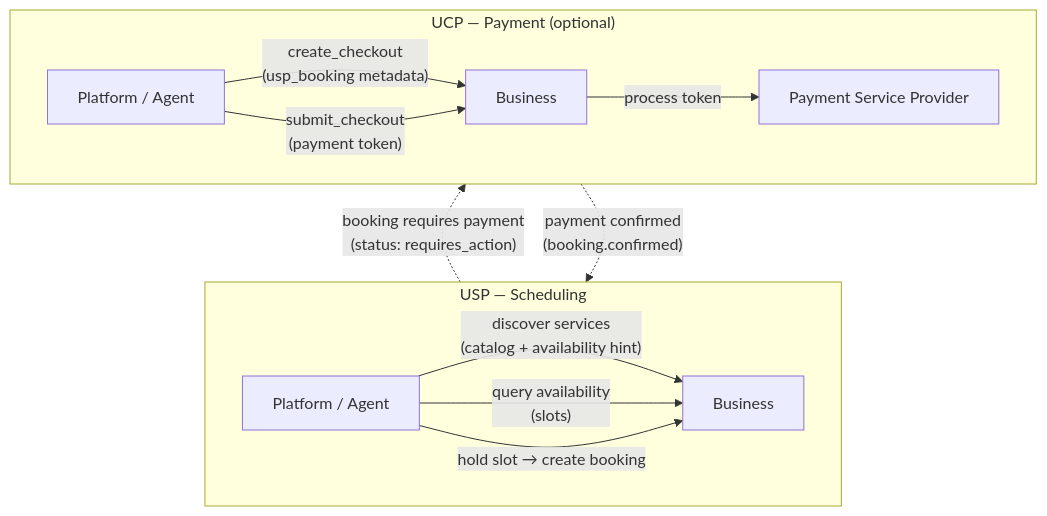
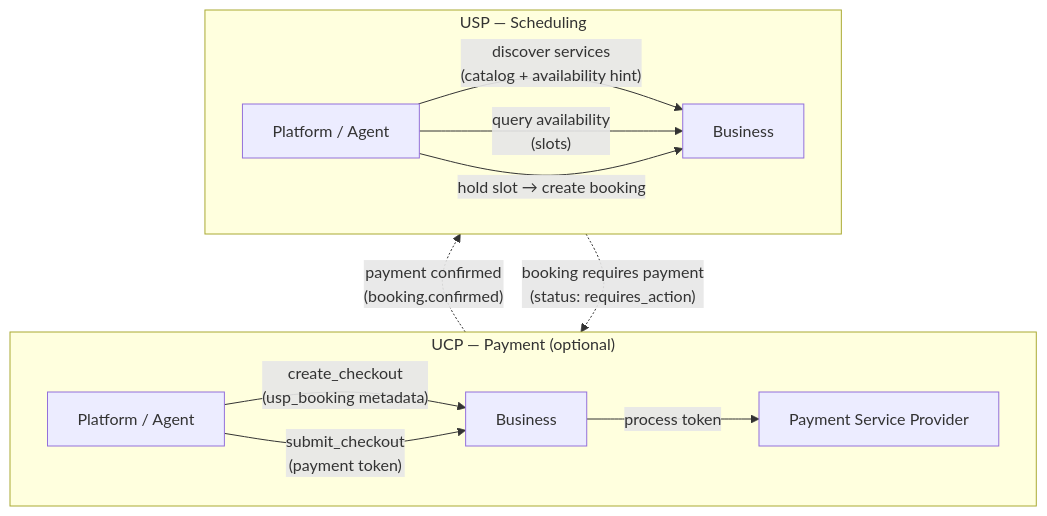
The first of 4 diagrams in specification.md (wix/universal-scheduling-protocol), drawn with Mermaid before and after one commit.

Commit message:
Reorder subgraphs so USP renders above UCP in architecture diagram

````diff
--- a/specification.md
+++ b/specification.md
@@ -69,19 +69,20 @@
 ```mermaid
 graph BT
+
+    subgraph USP ["USP — Scheduling"]
+        direction LR
+        P[Platform / Agent] -- "discover services\n(catalog + availability hint)" --> B[Business]
+        P -- "query availability\n(slots)" --> B
+        P -- "hold slot → create booking" --> B
+    end
+    
     subgraph UCP ["UCP — Payment (optional)"]
         direction LR
         P2[Platform / Agent] -- "create_checkout\n(usp_booking metadata)" --> B2[Business]
         P2 -- "submit_checkout\n(payment token)" --> B2
         B2 -- "process token" --> PSP[Payment Service Provider]
     end
 
-    subgraph USP ["USP — Scheduling"]
-        direction LR
-        P[Platform / Agent] -- "discover services\n(catalog + availability hint)" --> B[Business]
-        P -- "query availability\n(slots)" --> B
-        P -- "hold slot → create booking" --> B
-    end
-
     USP -. "booking requires payment\n(status: requires_action)" .-> UCP
     UCP -. "payment confirmed\n(booking.confirmed)" .-> USP
 ```
````
